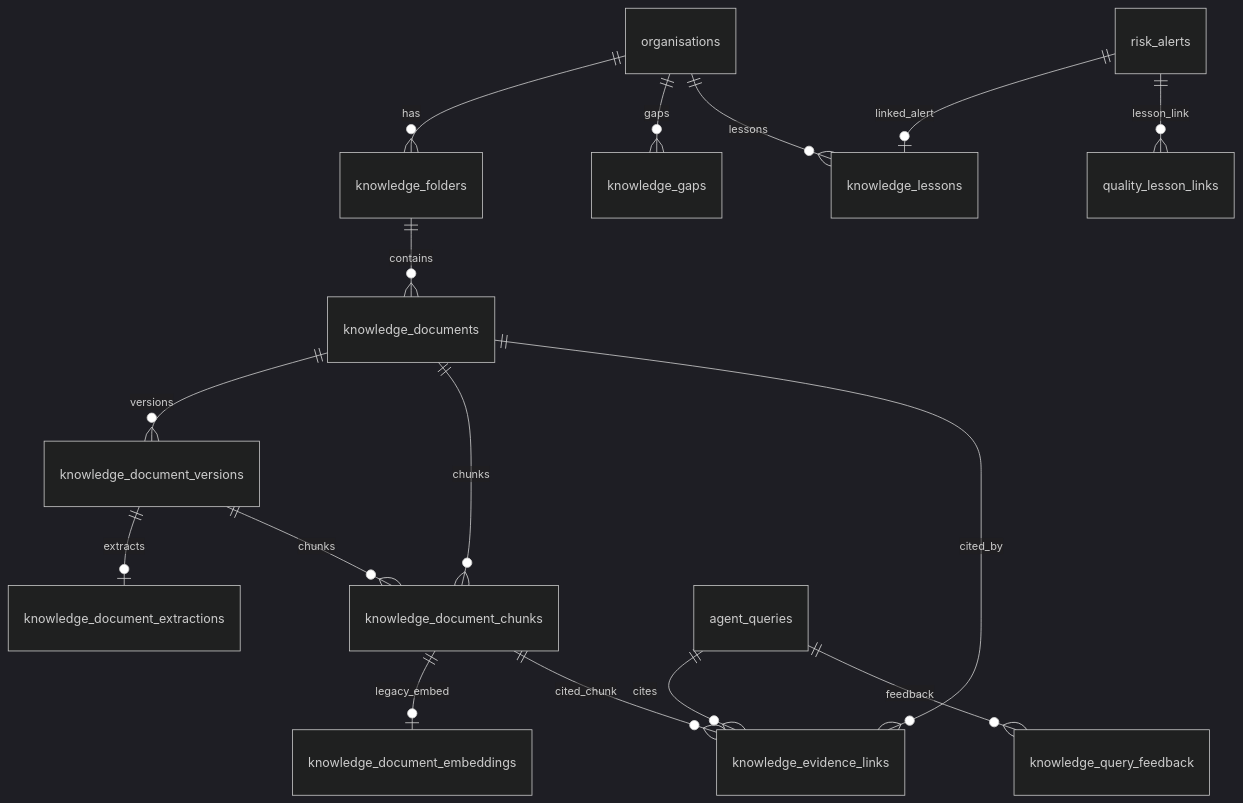
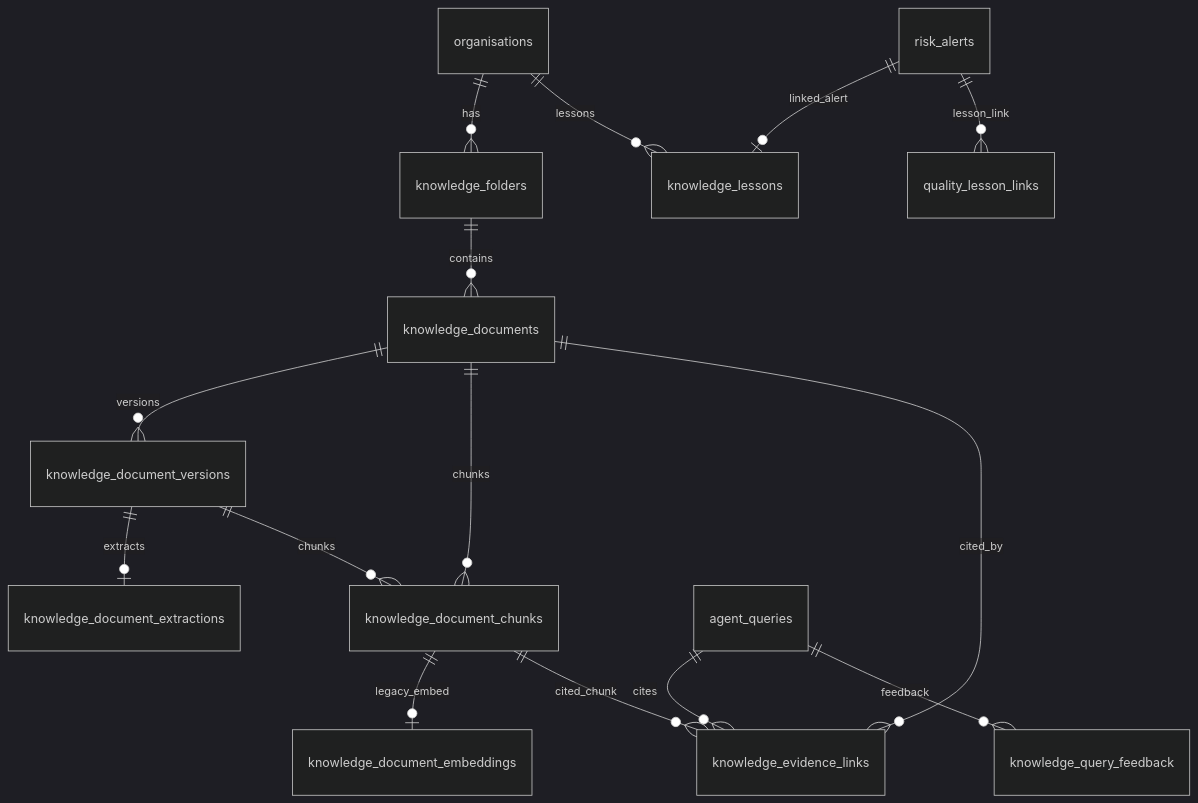
Before and after one commit to adeapiperkuu/bsg: the second of 8 diagrams in docs/audits/operational-knowledge-agent-audit.md, drawn with Mermaid (dark theme). The commit also changed other lines of this file and 68 other files, not shown here.

````diff
--- a/docs/audits/operational-knowledge-agent-audit.md
+++ b/docs/audits/operational-knowledge-agent-audit.md
@@ -231,18 +238,17 @@
 ```mermaid
 erDiagram
     organisations ||--o{ knowledge_folders : has
     knowledge_folders ||--o{ knowledge_documents : contains
     knowledge_documents ||--o{ knowledge_document_versions : versions
     knowledge_document_versions ||--o| knowledge_document_extractions : extracts
     knowledge_document_versions ||--o{ knowledge_document_chunks : chunks
     knowledge_documents ||--o{ knowledge_document_chunks : chunks
     knowledge_document_chunks ||--o| knowledge_document_embeddings : legacy_embed
     agent_queries ||--o{ knowledge_evidence_links : cites
     knowledge_documents ||--o{ knowledge_evidence_links : cited_by
     knowledge_document_chunks ||--o{ knowledge_evidence_links : cited_chunk
     agent_queries ||--o{ knowledge_query_feedback : feedback
-    organisations ||--o{ knowledge_gaps : gaps
     organisations ||--o{ knowledge_lessons : lessons
     risk_alerts ||--o| knowledge_lessons : linked_alert
     risk_alerts ||--o{ quality_lesson_links : lesson_link
 ```
````
